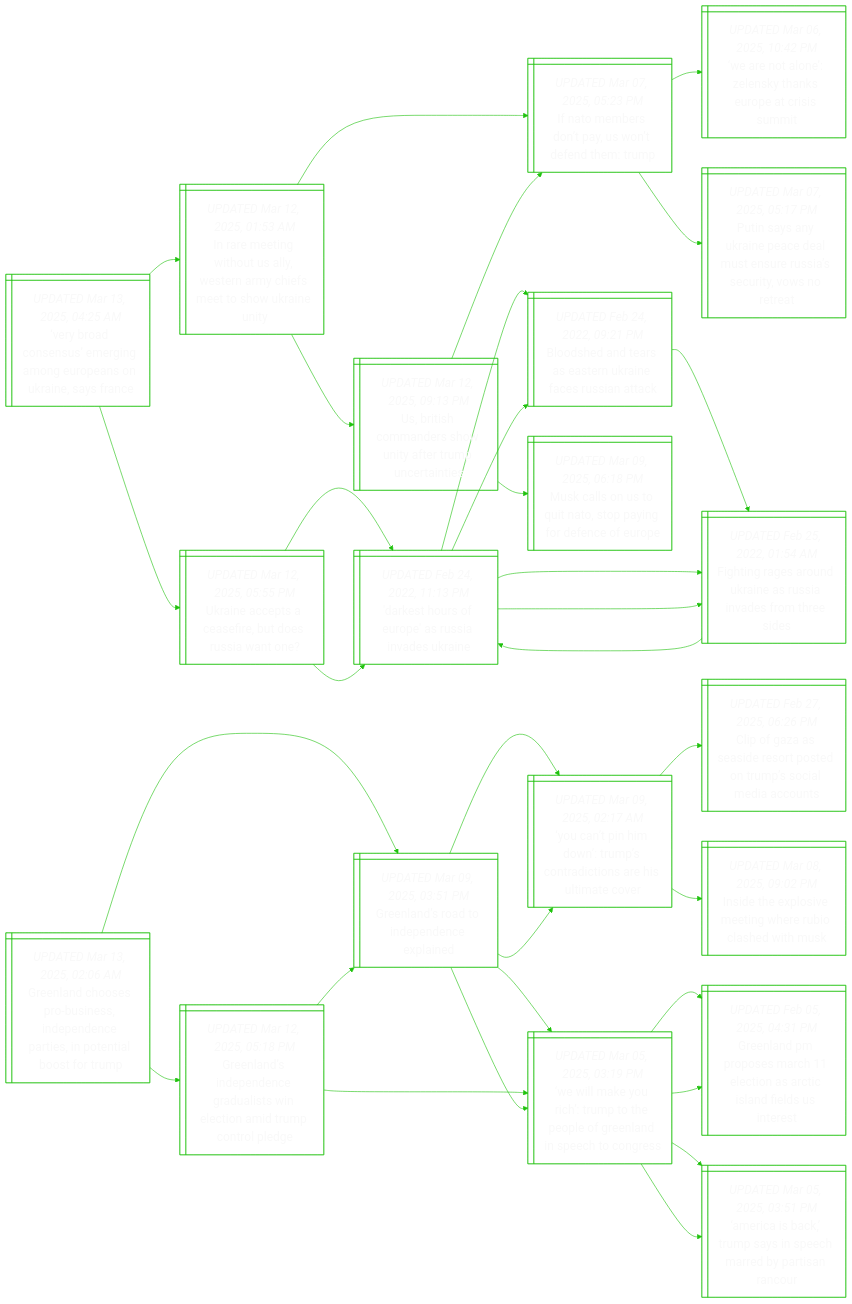
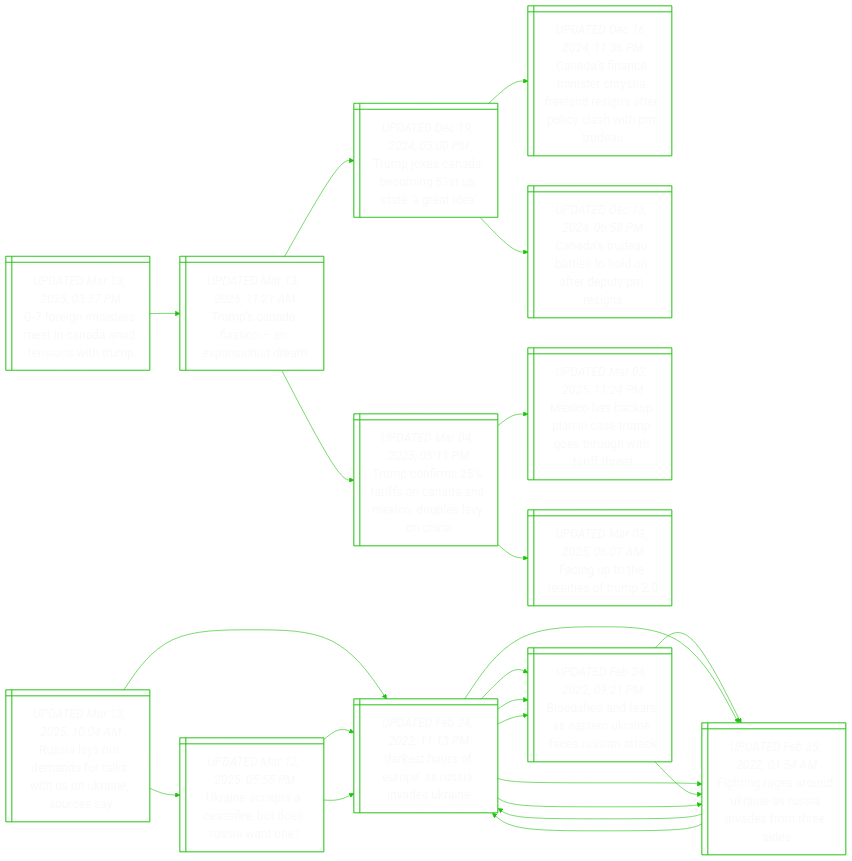
Before and after one commit to notJmes/notJmes: the diagram in README.md, drawn with Mermaid. The commit also changed other lines of this file, not shown here.

````diff
--- a/README.md
+++ b/README.md
@@ -15,6 +15,62 @@
 %%{init: {'theme':'base', 'themeVariables': {'primaryColor': "transparent", 'primaryTextColor': "#F9F9F9", 'lineColor': "#20C20E", 'primaryBorderColor':'#20C20E'}}}%%
 flowchart LR
 classDef txtsize font-size:20px;
+
+GinrtnmnsT@{ shape: win-pane, label: "_UPDATED Mar 13, 2025, 03:37 PM_
+G-7 foreign ministers meet in canada amid tensions with trump" }
+Tsdaaanr@{ shape: win-pane, label: "_UPDATED Mar 13, 2025, 11:21 AM_
+Trump’s canada fixation – an expansionist dream" }
+TjCamtard@{ shape: win-pane, label: "_UPDATED Dec 19, 2024, 05:00 PM_
+Trump jokes canada becoming 51st us state ‘a great idea’" }
+CaaieyFasapyhPd@{ shape: win-pane, label: "_UPDATED Dec 16, 2024, 11:36 PM_
+Canada’s finance minister chrystia freeland resigns after policy clash with pm trudeau" }
+CadaslfePi@{ shape: win-pane, label: "_UPDATED Dec 18, 2024, 06:58 PM_
+Canada’s trudeau battles to hold on after deputy pm resigns" }
+TcrroadcbeC@{ shape: win-pane, label: "_UPDATED Mar 04, 2025, 05:11 PM_
+Trump confirms 25% tariffs on canada and mexico, doubles levy on china" }
+MoapnTghhtfa@{ shape: win-pane, label: "_UPDATED Mar 03, 2025, 11:24 PM_
+Mexico has backup plan in case trump goes through with tariff threat" }
+Fgtaer@{ shape: win-pane, label: "_UPDATED Mar 03, 2025, 06:07 AM_
+Facing up to the realities of trump 2.0" }
+
+GinrtnmnsT:::txtsize --> Tsdaaanr:::txtsize
+Tsdaaanr:::txtsize --> TjCamtard:::txtsize
+TjCamtard:::txtsize --> CaaieyFasapyhPd:::txtsize
+TjCamtard:::txtsize --> CadaslfePi:::txtsize
+Tsdaaanr:::txtsize --> TcrroadcbeC:::txtsize
+TcrroadcbeC:::txtsize --> MoapnTghhtfa:::txtsize
+TcrroadcbeC:::txtsize --> Fgtaer:::txtsize
+
+Raomfltnius@{ shape: win-pane, label: "_UPDATED Mar 13, 2025, 10:04 AM_
+Russia lays out demands for talks with us on ukraine, sources say" }
+DsruasvUn@{ shape: win-pane, label: "_UPDATED Feb 24, 2022, 11:13 PM_
+'darkest hours of europe' as russia invades ukraine" }
+Bsnranicsak@{ shape: win-pane, label: "_UPDATED Feb 24, 2022, 09:21 PM_
+Bloodshed and tears as eastern ukraine faces russian attack" }
+Figokesnsts@{ shape: win-pane, label: "_UPDATED Feb 25, 2022, 01:54 AM_
+Fighting rages around ukraine as russia invades from three sides" }
+Figokesnsts@{ shape: win-pane, label: "_UPDATED Feb 25, 2022, 01:54 AM_
+Fighting rages around ukraine as russia invades from three sides" }
+DsruasvUn@{ shape: win-pane, label: "_UPDATED Feb 24, 2022, 11:13 PM_
+'darkest hours of europe' as russia invades ukraine" }
+Unecfusit@{ shape: win-pane, label: "_UPDATED Mar 12, 2025, 05:55 PM_
+Ukraine accepts a ceasefire, but does russia want one?" }
+DsruasvUn@{ shape: win-pane, label: "_UPDATED Feb 24, 2022, 11:13 PM_
+'darkest hours of europe' as russia invades ukraine" }
+Bsnranicsak@{ shape: win-pane, label: "_UPDATED Feb 24, 2022, 09:21 PM_
+Bloodshed and tears as eastern ukraine faces russian attack" }
+Figokesnsts@{ shape: win-pane, label: "_UPDATED Feb 25, 2022, 01:54 AM_
+Fighting rages around ukraine as russia invades from three sides" }
+
+Raomfltnius:::txtsize --> DsruasvUn:::txtsize
+DsruasvUn:::txtsize --> Bsnranicsak:::txtsize
+Bsnranicsak:::txtsize --> Figokesnsts:::txtsize
+DsruasvUn:::txtsize --> Figokesnsts:::txtsize
+Figokesnsts:::txtsize --> DsruasvUn:::txtsize
+Raomfltnius:::txtsize --> Unecfusit:::txtsize
+Unecfusit:::txtsize --> DsruasvUn:::txtsize
+DsruasvUn:::txtsize --> Bsnranicsak:::txtsize
+DsruasvUn:::txtsize --> Figokesnsts:::txtsize
 
 Unecfusit@{ shape: win-pane, label: "_UPDATED Mar 12, 2025, 05:55 PM_
 Ukraine accepts a ceasefire, but does russia want one?" }
@@ -35,87 +91,4 @@
 DsruasvUn:::txtsize --> Figokesnsts:::txtsize
 Figokesnsts:::txtsize --> DsruasvUn:::txtsize
 
-Vroseggpoaaa@{ shape: win-pane, label: "_UPDATED Mar 13, 2025, 04:25 AM_
-‘very broad consensus’ emerging among europeans on ukraine, says france" }
-Unecfusit@{ shape: win-pane, label: "_UPDATED Mar 12, 2025, 05:55 PM_
-Ukraine accepts a ceasefire, but does russia want one?" }
-DsruasvUn@{ shape: win-pane, label: "_UPDATED Feb 24, 2022, 11:13 PM_
-'darkest hours of europe' as russia invades ukraine" }
-Bsnranicsak@{ shape: win-pane, label: "_UPDATED Feb 24, 2022, 09:21 PM_
-Bloodshed and tears as eastern ukraine faces russian attack" }
-Figokesnsts@{ shape: win-pane, label: "_UPDATED Feb 25, 2022, 01:54 AM_
-Fighting rages around ukraine as russia invades from three sides" }
-IeitUyemeehru@{ shape: win-pane, label: "_UPDATED Mar 12, 2025, 01:53 AM_
-In rare meeting without us ally, western army chiefs meet to show ukraine unity" }
-IoenUtnmp@{ shape: win-pane, label: "_UPDATED Mar 07, 2025, 05:23 PM_
-If nato members don’t pay, us won’t defend them: trump" }
-Psnaeesussiwet@{ shape: win-pane, label: "_UPDATED Mar 07, 2025, 05:17 PM_
-Putin says any ukraine peace deal must ensure russia’s security, vows no retreat" }
-Wnolykocsi@{ shape: win-pane, label: "_UPDATED Mar 06, 2025, 10:42 PM_
-‘we are not alone’: zelensky thanks europe at crisis summit" }
-Utodhitucis@{ shape: win-pane, label: "_UPDATED Mar 12, 2025, 09:13 PM_
-Us, british commanders show unity after trump uncertainties" }
-IoenUtnmp@{ shape: win-pane, label: "_UPDATED Mar 07, 2025, 05:23 PM_
-If nato members don’t pay, us won’t defend them: trump" }
-ManqaoirnEe@{ shape: win-pane, label: "_UPDATED Mar 09, 2025, 06:18 PM_
-Musk calls on us to quit nato, stop paying for defence of europe" }
-
-Vroseggpoaaa:::txtsize --> Unecfusit:::txtsize
-Unecfusit:::txtsize --> DsruasvUn:::txtsize
-DsruasvUn:::txtsize --> Bsnranicsak:::txtsize
-DsruasvUn:::txtsize --> Figokesnsts:::txtsize
-Vroseggpoaaa:::txtsize --> IeitUyemeehru:::txtsize
-IeitUyemeehru:::txtsize --> IoenUtnmp:::txtsize
-IoenUtnmp:::txtsize --> Psnaeesussiwet:::txtsize
-IoenUtnmp:::txtsize --> Wnolykocsi:::txtsize
-IeitUyemeehru:::txtsize --> Utodhitucis:::txtsize
-Utodhitucis:::txtsize --> IoenUtnmp:::txtsize
-Utodhitucis:::txtsize --> ManqaoirnEe:::txtsize
-
-GlhsuseeastasT@{ shape: win-pane, label: "_UPDATED Mar 13, 2025, 02:06 AM_
-Greenland chooses pro-business, independence parties, in potential boost for trump" }
-Glropnpe@{ shape: win-pane, label: "_UPDATED Mar 09, 2025, 03:51 PM_
-Greenland’s road to independence explained" }
-WlycmhpGlncos@{ shape: win-pane, label: "_UPDATED Mar 05, 2025, 03:19 PM_
-‘we will make you rich’: trump to the people of greenland in speech to congress" }
-Acauypmdrno@{ shape: win-pane, label: "_UPDATED Mar 05, 2025, 03:51 PM_
-‘america is back,’ trump says in speech marred by partisan rancour" }
-GlMoaloriddns@{ shape: win-pane, label: "_UPDATED Feb 05, 2025, 04:31 PM_
-Greenland pm proposes march 11 election as arctic island fields us interest" }
-Ynhwmninhter@{ shape: win-pane, label: "_UPDATED Mar 09, 2025, 02:17 AM_
-‘you can’t pin him down’: trump’s contradictions are his ultimate cover" }
-IexiewRceh@{ shape: win-pane, label: "_UPDATED Mar 08, 2025, 09:02 PM_
-Inside the explosive meeting where rubio clashed with musk" }
-Cfasepduoman@{ shape: win-pane, label: "_UPDATED Feb 27, 2025, 06:26 PM_
-Clip of gaza as seaside resort posted on trump’s social media accounts" }
-Gliecdsntmunpe@{ shape: win-pane, label: "_UPDATED Mar 12, 2025, 05:18 PM_
-Greenland’s independence gradualists win election amid trump control pledge" }
-WlycmhpGlncos@{ shape: win-pane, label: "_UPDATED Mar 05, 2025, 03:19 PM_
-‘we will make you rich’: trump to the people of greenland in speech to congress" }
-Acauypmdrno@{ shape: win-pane, label: "_UPDATED Mar 05, 2025, 03:51 PM_
-‘america is back,’ trump says in speech marred by partisan rancour" }
-GlMoaloriddns@{ shape: win-pane, label: "_UPDATED Feb 05, 2025, 04:31 PM_
-Greenland pm proposes march 11 election as arctic island fields us interest" }
-Glropnpe@{ shape: win-pane, label: "_UPDATED Mar 09, 2025, 03:51 PM_
-Greenland’s road to independence explained" }
-WlycmhpGlncos@{ shape: win-pane, label: "_UPDATED Mar 05, 2025, 03:19 PM_
-‘we will make you rich’: trump to the people of greenland in speech to congress" }
-Ynhwmninhter@{ shape: win-pane, label: "_UPDATED Mar 09, 2025, 02:17 AM_
-‘you can’t pin him down’: trump’s contradictions are his ultimate cover" }
-
-GlhsuseeastasT:::txtsize --> Glropnpe:::txtsize
-Glropnpe:::txtsize --> WlycmhpGlncos:::txtsize
-WlycmhpGlncos:::txtsize --> Acauypmdrno:::txtsize
-WlycmhpGlncos:::txtsize --> GlMoaloriddns:::txtsize
-Glropnpe:::txtsize --> Ynhwmninhter:::txtsize
-Ynhwmninhter:::txtsize --> IexiewRceh:::txtsize
-Ynhwmninhter:::txtsize --> Cfasepduoman:::txtsize
-GlhsuseeastasT:::txtsize --> Gliecdsntmunpe:::txtsize
-Gliecdsntmunpe:::txtsize --> WlycmhpGlncos:::txtsize
-WlycmhpGlncos:::txtsize --> Acauypmdrno:::txtsize
-WlycmhpGlncos:::txtsize --> GlMoaloriddns:::txtsize
-Gliecdsntmunpe:::txtsize --> Glropnpe:::txtsize
-Glropnpe:::txtsize --> WlycmhpGlncos:::txtsize
-Glropnpe:::txtsize --> Ynhwmninhter:::txtsize
-
 ```
````
